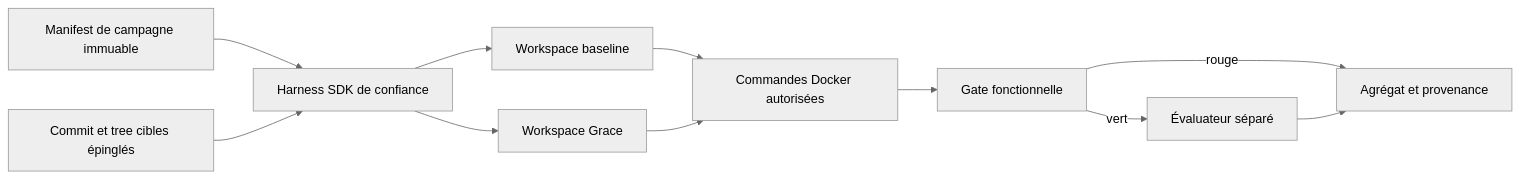
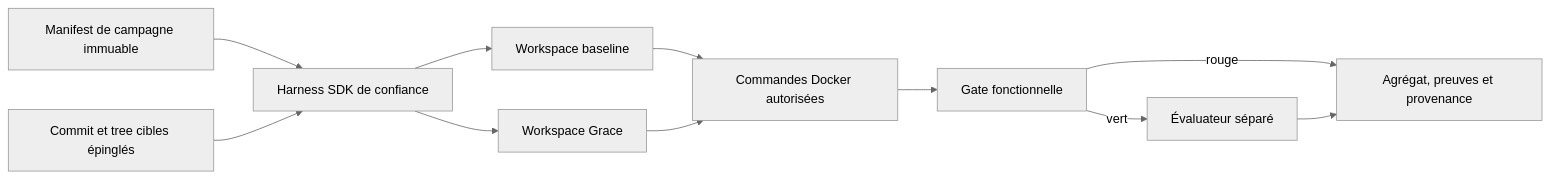
Before and after one commit to HoppR-tech/codeconform-bench: the second of 4 diagrams in README.fr.md, drawn with Mermaid (neutral theme). The commit also changed other lines of this file and 25 other files, not shown here.

````diff
--- a/README.fr.md
+++ b/README.fr.md
@@ -62,18 +63,18 @@
 ```mermaid
 flowchart LR
     accTitle: Architecture implémentée du benchmark CCB
     accDescr {
       Le harness de confiance crée des workspaces candidats appariés et appelle le même modèle avec et sans Grace.
       Les commandes candidat s’exécutent dans un conteneur sans réseau. Les candidats fonctionnels sont ensuite notés par un évaluateur séparé.
     }
     M[Manifest de campagne immuable] --> H[Harness SDK de confiance]
     T[Commit et tree cibles épinglés] --> H
     H --> B[Workspace baseline]
     H --> G[Workspace Grace]
     B --> X[Commandes Docker autorisées]
     G --> X
     X --> F[Gate fonctionnelle]
     F -->|vert| E[Évaluateur séparé]
     F -->|rouge| R[Résultat scoré à qualité nulle]
-    E --> R[Agrégat et provenance]
+    E --> R[Agrégat, preuves et provenance]
 ```
````
